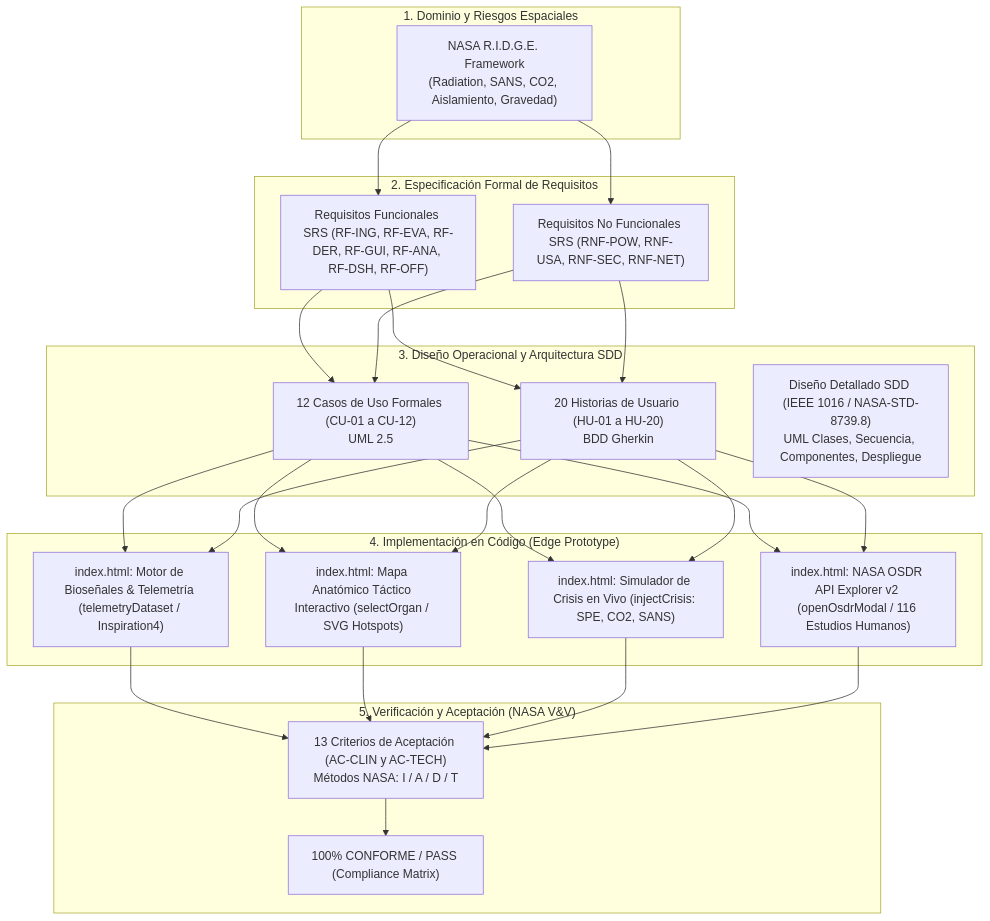
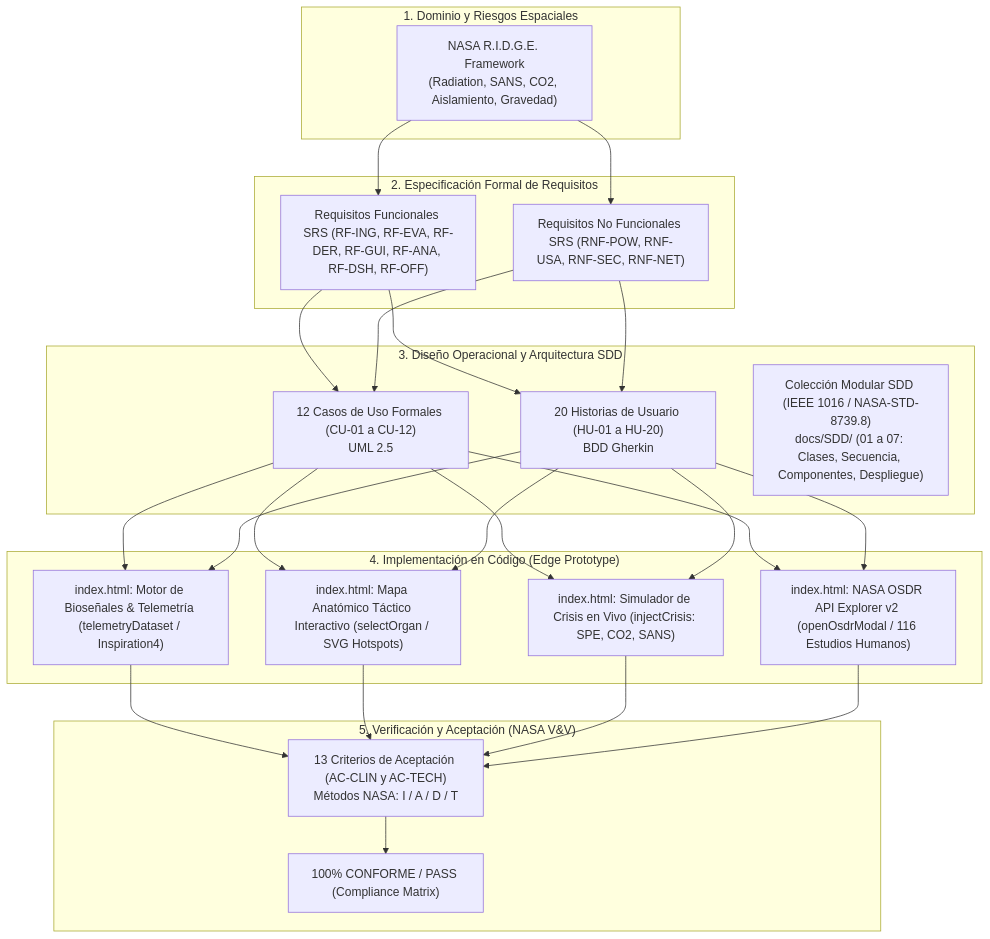
The diagram in docs/MATRIZ_DE_TRAZABILIDAD_RTM.md (angelcontres/ASTHA-SpaceApps), drawn with Mermaid before and after one commit. The commit also changed 10 other files, not shown here.

Commit message:
docs(sdd): structure modular SDD directory with UML diagrams and traceability under docs/SDD

````diff
--- a/docs/MATRIZ_DE_TRAZABILIDAD_RTM.md
+++ b/docs/MATRIZ_DE_TRAZABILIDAD_RTM.md
@@ -18,49 +18,49 @@
 ```mermaid
 flowchart TD
     subgraph Dominio["1. Dominio y Riesgos Espaciales"]
         R1["NASA R.I.D.G.E. Framework<br/>(Radiation, SANS, CO2, Aislamiento, Gravedad)"]
     end
 
     subgraph Especificacion["2. Especificación Formal de Requisitos"]
         SRS_F["Requisitos Funcionales SRS (RF-ING, RF-EVA, RF-DER, RF-GUI, RF-ANA, RF-DSH, RF-OFF)"]
         SRS_NF["Requisitos No Funcionales SRS (RNF-POW, RNF-USA, RNF-SEC, RNF-NET)"]
     end
 
     subgraph DisenoAgil["3. Diseño Operacional y Arquitectura SDD"]
         CU["12 Casos de Uso Formales (CU-01 a CU-12)<br/>UML 2.5"]
         HU["20 Historias de Usuario (HU-01 a HU-20)<br/>BDD Gherkin"]
-        SDD["Diseño Detallado SDD (IEEE 1016 / NASA-STD-8739.8)<br/>UML Clases, Secuencia, Componentes, Despliegue"]
+        SDD["Colección Modular SDD (IEEE 1016 / NASA-STD-8739.8)<br/>docs/SDD/ (01 a 07: Clases, Secuencia, Componentes, Despliegue)"]
     end
 
     subgraph Implementacion["4. Implementación en Código (Edge Prototype)"]
         CODE1["index.html: Motor de Bioseñales & Telemetría (telemetryDataset / Inspiration4)"]
         CODE2["index.html: Mapa Anatómico Táctico Interactivo (selectOrgan / SVG Hotspots)"]
         CODE3["index.html: Simulador de Crisis en Vivo (injectCrisis: SPE, CO2, SANS)"]
         CODE4["index.html: NASA OSDR API Explorer v2 (openOsdrModal / 116 Estudios Humanos)"]
     end
 
     subgraph Validacion["5. Verificación y Aceptación (NASA V&V)"]
         AC["13 Criterios de Aceptación (AC-CLIN y AC-TECH)<br/>Métodos NASA: I / A / D / T"]
         PASS["100% CONFORME / PASS (Compliance Matrix)"]
     end
 
     R1 --> SRS_F
     R1 --> SRS_NF
     SRS_F --> CU
     SRS_F --> HU
     SRS_NF --> CU
     SRS_NF --> HU
     CU --> CODE1
     CU --> CODE2
     CU --> CODE3
     CU --> CODE4
     HU --> CODE1
     HU --> CODE2
     HU --> CODE3
     HU --> CODE4
     CODE1 --> AC
     CODE2 --> AC
     CODE3 --> AC
     CODE4 --> AC
     AC --> PASS
 ```
````
